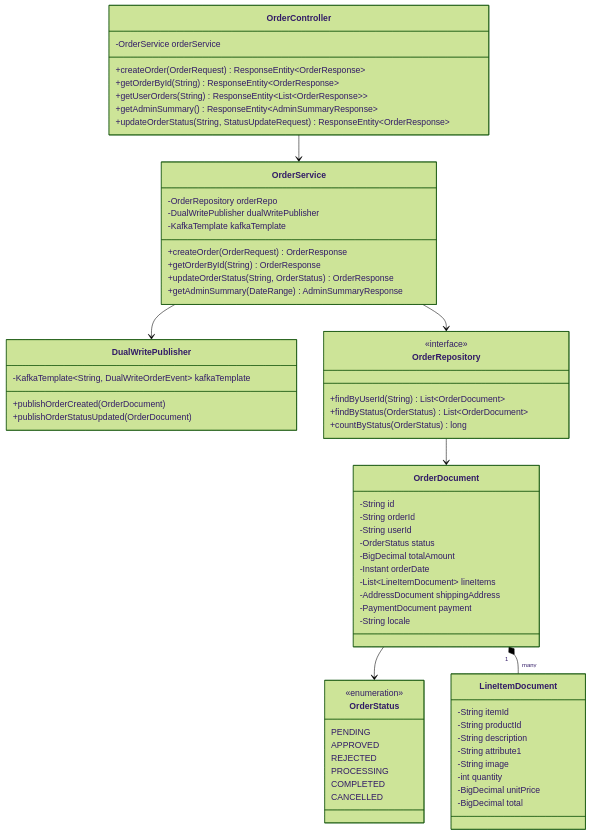
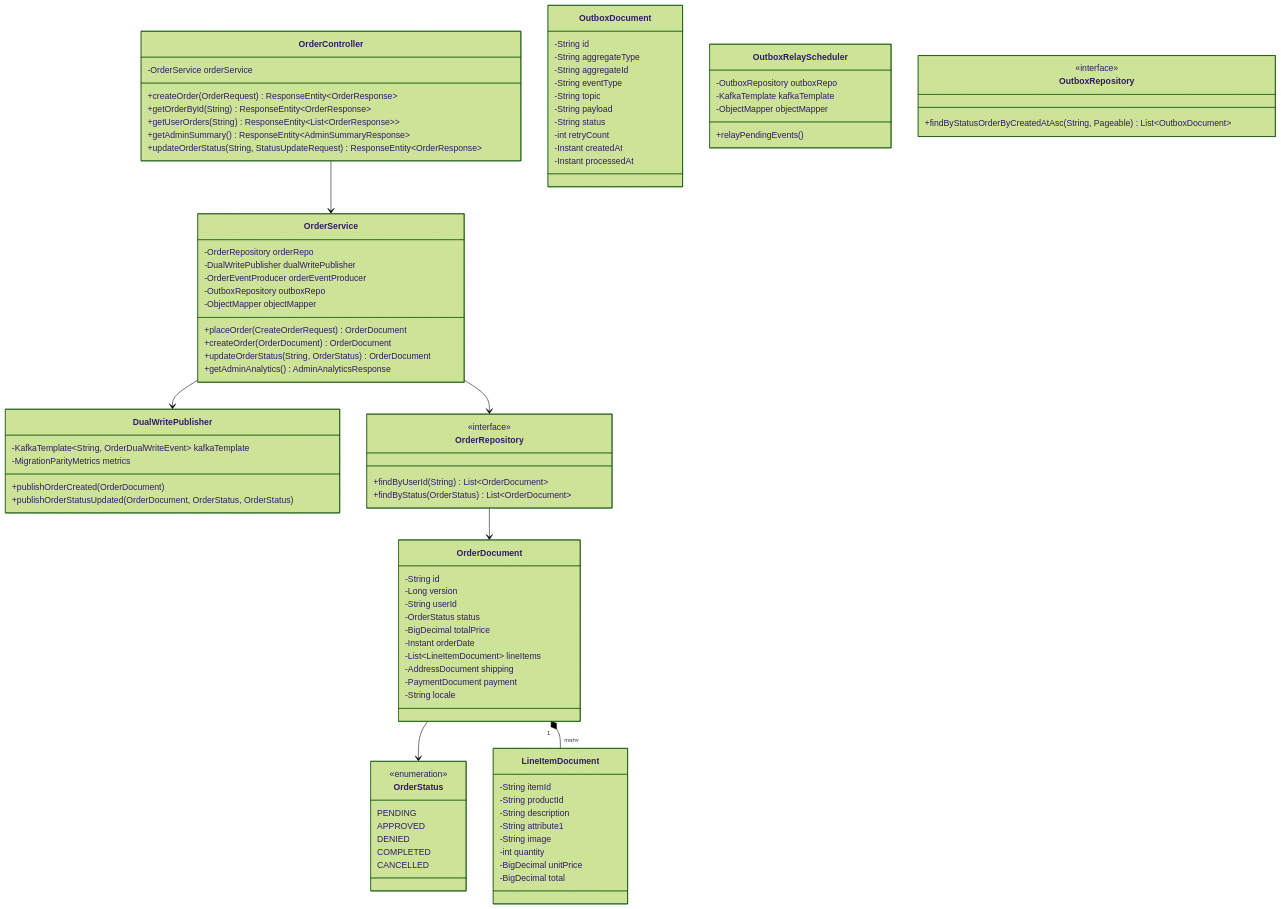
Before and after one commit to deepeshgodara/petstore-migration: the second of 14 diagrams in wiki/Modern-Low-Level-Design.md, drawn with Mermaid (forest theme). The commit also changed 11 other files, not shown here.

```diff
--- a/wiki/Modern-Low-Level-Design.md
+++ b/wiki/Modern-Low-Level-Design.md
@@ -96,35 +96,62 @@
     class OrderService {
         -OrderRepository orderRepo
         -DualWritePublisher dualWritePublisher
+        -OrderEventProducer orderEventProducer
+        -OutboxRepository outboxRepo
+        -ObjectMapper objectMapper
+        +placeOrder(CreateOrderRequest) OrderDocument
+        +createOrder(OrderDocument) OrderDocument
+        +updateOrderStatus(String, OrderStatus) OrderDocument
+        +getAdminAnalytics() AdminAnalyticsResponse
+    }
+
+    class OutboxDocument {
+        -String id
+        -String aggregateType
+        -String aggregateId
+        -String eventType
+        -String topic
+        -String payload
+        -String status
+        -int retryCount
+        -Instant createdAt
+        -Instant processedAt
+    }
+
+    class OutboxRelayScheduler {
+        -OutboxRepository outboxRepo
         -KafkaTemplate kafkaTemplate
-        +createOrder(OrderRequest) OrderResponse
-        +getOrderById(String) OrderResponse
-        +updateOrderStatus(String, OrderStatus) OrderResponse
-        +getAdminSummary(DateRange) AdminSummaryResponse
+        -ObjectMapper objectMapper
+        +relayPendingEvents()
     }
 
     class DualWritePublisher {
-        -KafkaTemplate~String, DualWriteOrderEvent~ kafkaTemplate
+        -KafkaTemplate~String, OrderDualWriteEvent~ kafkaTemplate
+        -MigrationParityMetrics metrics
         +publishOrderCreated(OrderDocument)
-        +publishOrderStatusUpdated(OrderDocument)
+        +publishOrderStatusUpdated(OrderDocument, OrderStatus, OrderStatus)
     }
 
     class OrderRepository {
         <<interface>>
         +findByUserId(String) List~OrderDocument~
         +findByStatus(OrderStatus) List~OrderDocument~
-        +countByStatus(OrderStatus) long
+    }
+
+    class OutboxRepository {
+        <<interface>>
+        +findByStatusOrderByCreatedAtAsc(String, Pageable) List~OutboxDocument~
     }
 
     class OrderDocument {
         -String id
-        -String orderId
+        -Long version
         -String userId
         -OrderStatus status
-        -BigDecimal totalAmount
+        -BigDecimal totalPrice
         -Instant orderDate
         -List~LineItemDocument~ lineItems
-        -AddressDocument shippingAddress
+        -AddressDocument shipping
         -PaymentDocument payment
         -String locale
     }
@@ -133,8 +160,7 @@
         <<enumeration>>
         PENDING
         APPROVED
-        REJECTED
-        PROCESSING
+        DENIED
         COMPLETED
         CANCELLED
     }
```
